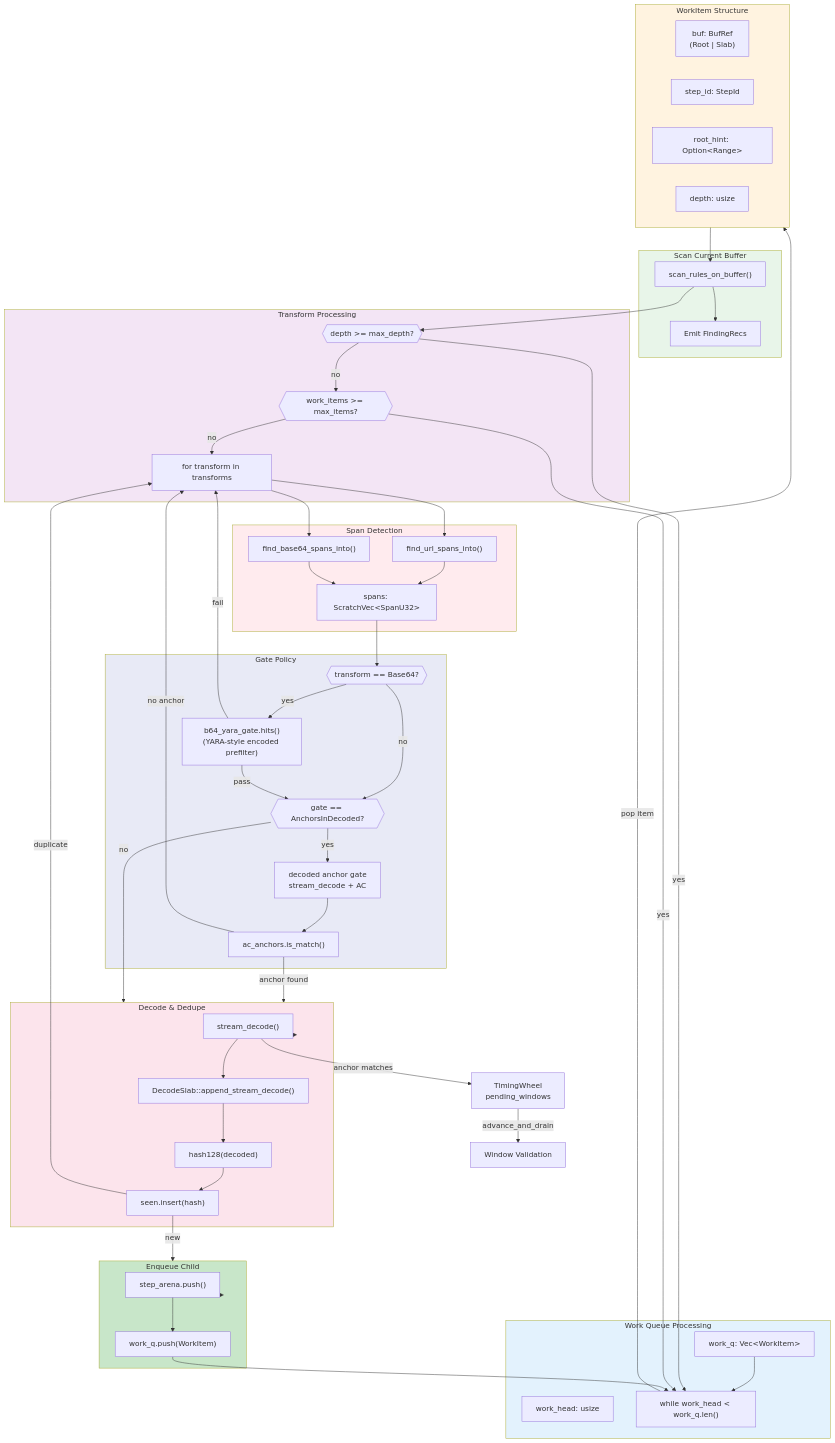
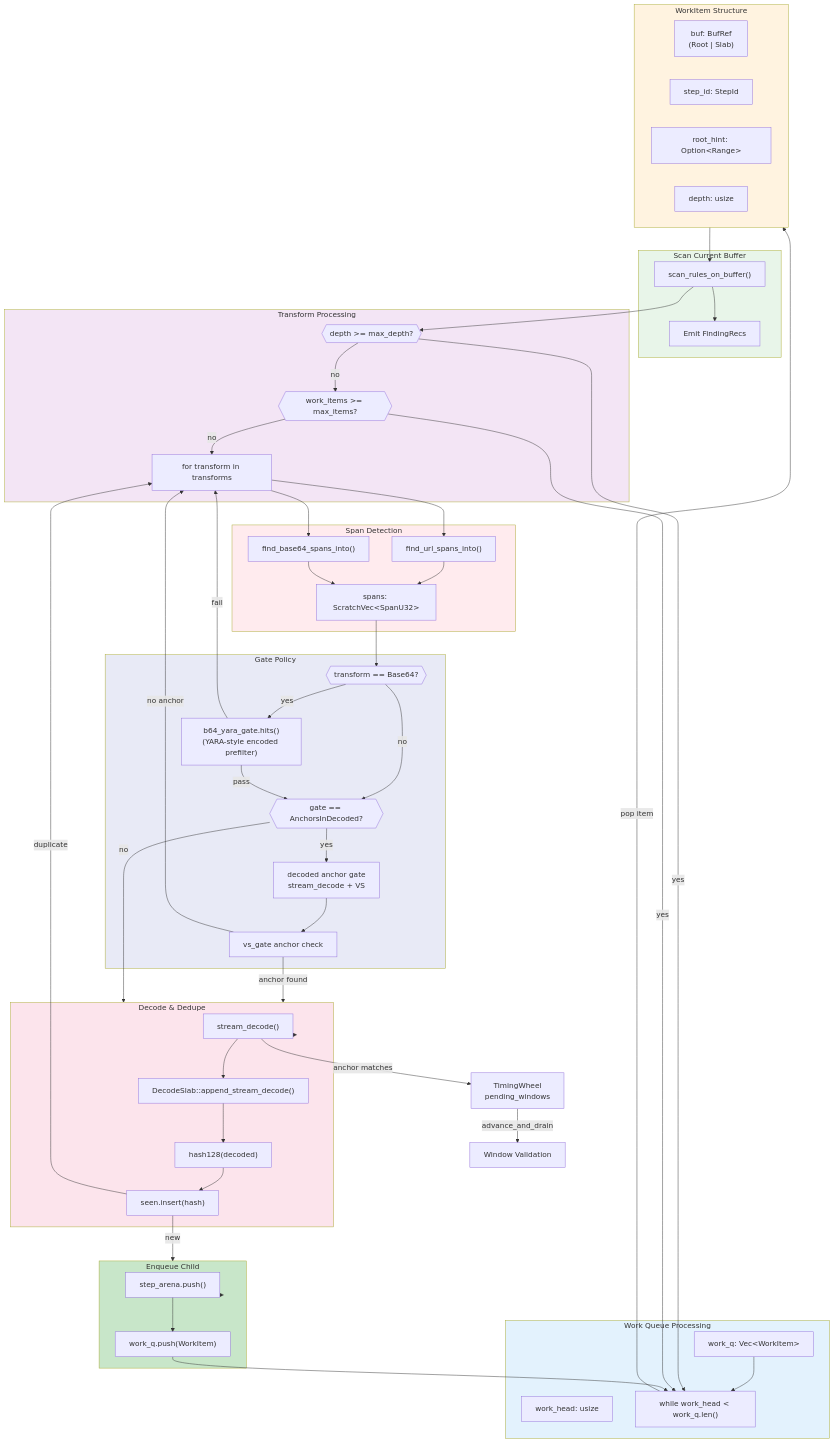
The first of 7 diagrams in docs/transform-chain.md (ahrav/scratch-scanner-rs), drawn with Mermaid before and after one commit. The commit also changed other lines of this file and 19 other files, not shown here.

```diff
--- a/docs/transform-chain.md
+++ b/docs/transform-chain.md
@@ -38,8 +38,8 @@
         CheckB64{{"transform == Base64?"}}
         PreGate["b64_yara_gate.hits()<br/>(YARA-style encoded prefilter)"]
         Gate{{"gate == AnchorsInDecoded?"}}
-        StreamGate["decoded anchor gate<br/>stream_decode + AC"]
-        ACMatch["ac_anchors.is_match()"]
+        StreamGate["decoded anchor gate<br/>stream_decode + VS"]
+        VSMatch["vs_gate anchor check"]
     end
 
     subgraph Decode["Decode & Dedupe"]
@@ -76,9 +76,9 @@
     PreGate --> |"pass"| Gate
     PreGate --> |"fail"| ForTransform
     Gate --> |"yes"| StreamGate
-    StreamGate --> ACMatch
-    ACMatch --> |"no anchor"| ForTransform
-    ACMatch --> |"anchor found"| Decode
+    StreamGate --> VSMatch
+    VSMatch --> |"no anchor"| ForTransform
+    VSMatch --> |"anchor found"| Decode
     Gate --> |"no"| Decode
 
     Decode --> StreamDecode
```
